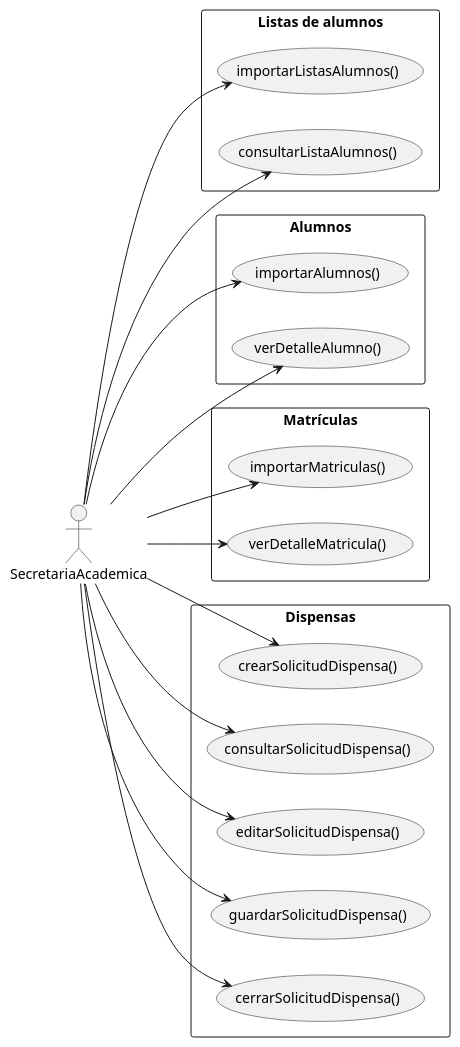
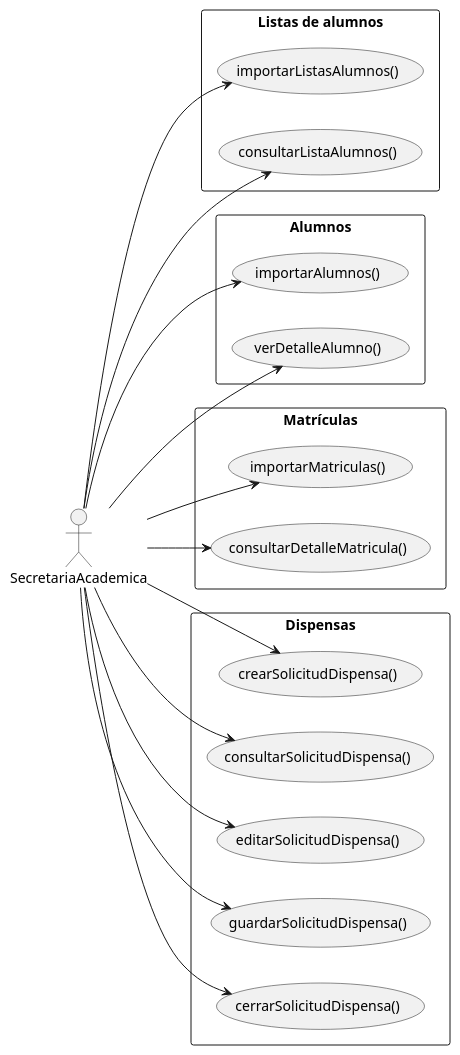
The diagram in documents/CasosDeUso/CasoDeUso/Secretaria/DiagramaCompletoCasoDeUso.puml (enmabry/25-26-IdSw1-SdR), drawn with PlantUML before and after one commit. The commit also changed 9 other files, not shown here.

Commit message:
Correción a la terminología 'consultar' para consultar el detalle de una matrícula

```diff
--- a/documents/CasosDeUso/CasoDeUso/Secretaria/DiagramaCompletoCasoDeUso.puml
+++ b/documents/CasosDeUso/CasoDeUso/Secretaria/DiagramaCompletoCasoDeUso.puml
@@ -1,59 +1,59 @@
 @startuml DiagramaDeCasosDeUsoSecretaria
 left to right direction
 skinparam packageStyle rectangle
 
 actor SecretariaAcademica
 
 
 
     '=========================
     ' MÓDULO LISTAS
     '=========================
     package "Listas de alumnos" {
         usecase "importarListasAlumnos()" as ListasImportarListas
         usecase "consultarListaAlumnos()" as ListasConsultarLista
     }
 
     '=========================
     ' MÓDULO ALUMNOS
     '=========================
     package "Alumnos" {
         usecase "importarAlumnos()"      as AlumnosImportar
         usecase "verDetalleAlumno()"     as AlumnosVerDetalle
     }
 
     '=========================
     ' MÓDULO MATRÍCULAS
     '=========================
     package "Matrículas" {
         usecase "importarMatriculas()"   as MatriculasImportar
-        usecase "verDetalleMatricula()"  as MatriculasVerDetalle
+        usecase "consultarDetalleMatricula()"  as MatriculasVerDetalle
     }
 
     '=========================
     ' MÓDULO DISPENSAS
     '=========================
     package "Dispensas" {
         usecase "crearSolicitudDispensa()"        as DispensasCrear
         usecase "consultarSolicitudDispensa()"    as DispensasConsultar
         usecase "editarSolicitudDispensa()"       as DispensasEditar
         usecase "guardarSolicitudDispensa()"      as DispensasGuardar
         usecase "cerrarSolicitudDispensa()"       as DispensasCerrar
     }
 
     SecretariaAcademica --> ListasImportarListas
     SecretariaAcademica --> ListasConsultarLista
 
     SecretariaAcademica --> AlumnosImportar
     SecretariaAcademica --> AlumnosVerDetalle
 
     SecretariaAcademica --> MatriculasImportar
     SecretariaAcademica --> MatriculasVerDetalle
 
     SecretariaAcademica --> DispensasCrear
     SecretariaAcademica --> DispensasConsultar
     SecretariaAcademica --> DispensasEditar
     SecretariaAcademica --> DispensasGuardar
     SecretariaAcademica --> DispensasCerrar
 
 @enduml
```
